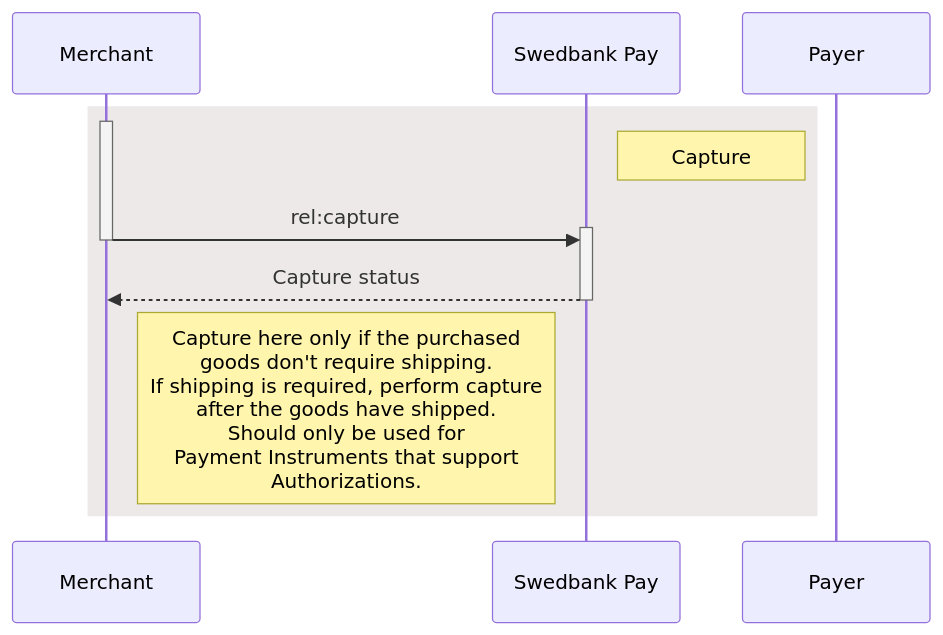
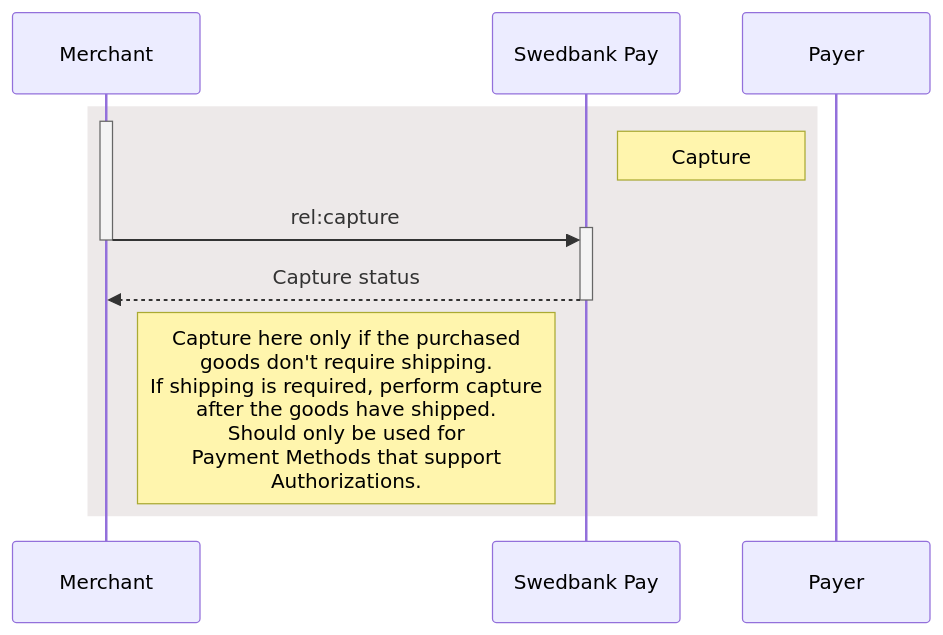
Before and after one commit to SwedbankPay/developer.swedbankpay.com: the diagram in _includes/payment-order-capture-combined.md, drawn with Mermaid. The commit also changed 6 other files, not shown here.

````diff
--- a/_includes/payment-order-capture-combined.md
+++ b/_includes/payment-order-capture-combined.md
@@ -381,14 +381,14 @@
 ```mermaid
 sequenceDiagram
     participant Merchant
     participant SwedbankPay as Swedbank Pay
 
     rect rgba(81,43,43,0.1)
         activate Merchant
         note left of Payer: Capture
         Merchant ->>+ SwedbankPay: rel:capture
         deactivate Merchant
         SwedbankPay -->>- Merchant: Capture status
-        note right of Merchant: Capture here only if the purchased<br/>goods don't require shipping.<br/>If shipping is required, perform capture<br/>after the goods have shipped.<br>Should only be used for <br>Payment Instruments that support <br>Authorizations.
+        note right of Merchant: Capture here only if the purchased<br/>goods don't require shipping.<br/>If shipping is required, perform capture<br/>after the goods have shipped.<br>Should only be used for <br>Payment Methods that support <br>Authorizations.
     end
 ```
````
